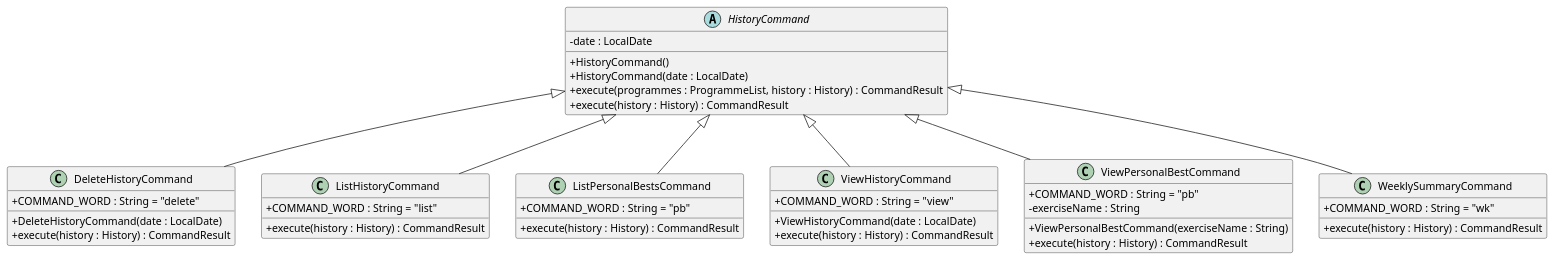
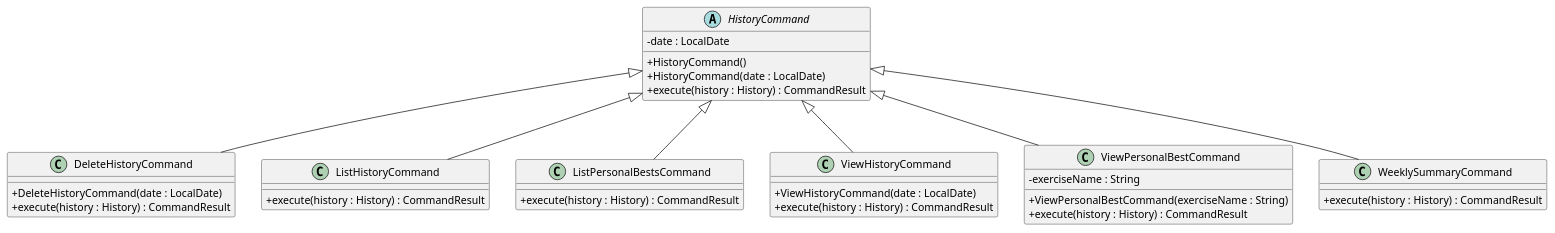
Before and after one commit to nus-cs2113-AY2425S1/tp: the diagram in docs/diagrams/historyCommandSummary.puml, drawn with PlantUML. The commit also changed 19 other files, not shown here.

```diff
--- a/docs/diagrams/historyCommandSummary.puml
+++ b/docs/diagrams/historyCommandSummary.puml
@@ -1,52 +1,45 @@
 @startuml
 skinparam classAttributeIconSize 0
 
 abstract class HistoryCommand {
     - date : LocalDate
     + HistoryCommand()
     + HistoryCommand(date : LocalDate)
-    + execute(programmes : ProgrammeList, history : History) : CommandResult
     + execute(history : History) : CommandResult
 }
 
 class DeleteHistoryCommand {
-    + COMMAND_WORD : String = "delete"
     + DeleteHistoryCommand(date : LocalDate)
     + execute(history : History) : CommandResult
 }
 
 class ListHistoryCommand {
-    + COMMAND_WORD : String = "list"
     + execute(history : History) : CommandResult
 }
 
 class ListPersonalBestsCommand {
-    + COMMAND_WORD : String = "pb"
     + execute(history : History) : CommandResult
 }
 
 class ViewHistoryCommand {
-    + COMMAND_WORD : String = "view"
     + ViewHistoryCommand(date : LocalDate)
     + execute(history : History) : CommandResult
 }
 
 class ViewPersonalBestCommand {
-    + COMMAND_WORD : String = "pb"
     - exerciseName : String
     + ViewPersonalBestCommand(exerciseName : String)
     + execute(history : History) : CommandResult
 }
 
 class WeeklySummaryCommand {
-    + COMMAND_WORD : String = "wk"
     + execute(history : History) : CommandResult
 }
 
 HistoryCommand <|-- DeleteHistoryCommand
 HistoryCommand <|-- ListHistoryCommand
 HistoryCommand <|-- ListPersonalBestsCommand
 HistoryCommand <|-- ViewHistoryCommand
 HistoryCommand <|-- ViewPersonalBestCommand
 HistoryCommand <|-- WeeklySummaryCommand
 @enduml
```
